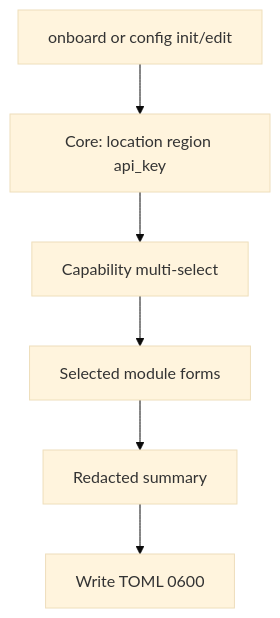
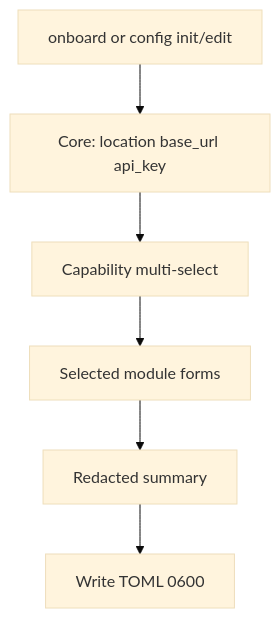
Before and after one commit to cisco-ai-defense/ai-defense-cli: the diagram in docs/specs/006-cli-config/design.md, drawn with Mermaid (base theme). The commit also changed other lines of this file and 10 other files, not shown here.

First line of the commit message:
refactor(config): base_url field options with custom input

````diff
--- a/docs/specs/006-cli-config/design.md
+++ b/docs/specs/006-cli-config/design.md
@@ -5,11 +5,11 @@
 ```mermaid
 flowchart TD
   entry[onboard or config init/edit]
-  core[Core: location region api_key]
+  core[Core: location base_url api_key]
   hub[Capability multi-select]
   modules[Selected module forms]
   summary[Redacted summary]
   write[Write TOML 0600]
 
   entry --> core --> hub --> modules --> summary --> write
 ```
````
